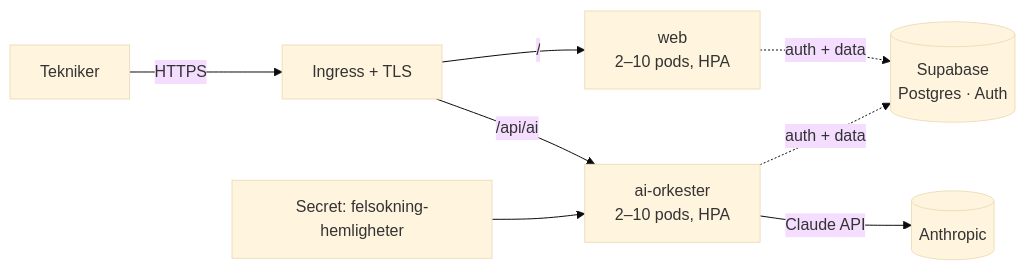
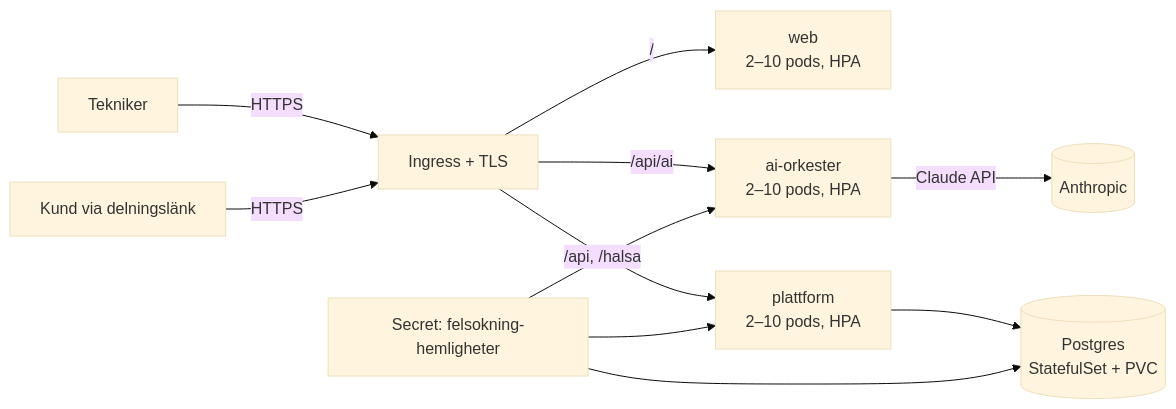
One commit to wolfoftyreso-debug/alva changed the diagram in docs/DRIFT.md. Above: the diagram before and after it, drawn with Mermaid (base theme). The commit also changed other lines of this file and 18 other files, not shown here.

````diff
--- a/docs/DRIFT.md
+++ b/docs/DRIFT.md
@@ -7,9 +7,11 @@
 ```mermaid
 flowchart LR
     T[Tekniker] -->|HTTPS| I[Ingress + TLS]
+    T2[Kund via delningslänk] -->|HTTPS| I
     I -->|/| W[web\n2–10 pods, HPA]
     I -->|/api/ai| A[ai-orkester\n2–10 pods, HPA]
+    I -->|/api, /halsa| P[plattform\n2–10 pods, HPA]
     A -->|Claude API| C[(Anthropic)]
-    W & A -.->|auth + data| S[(Supabase\nPostgres · Auth)]
-    K[Secret: felsokning-hemligheter] --> A
+    P --> DB[(Postgres\nStatefulSet + PVC)]
+    K[Secret: felsokning-hemligheter] --> A & P & DB
 ```
````
